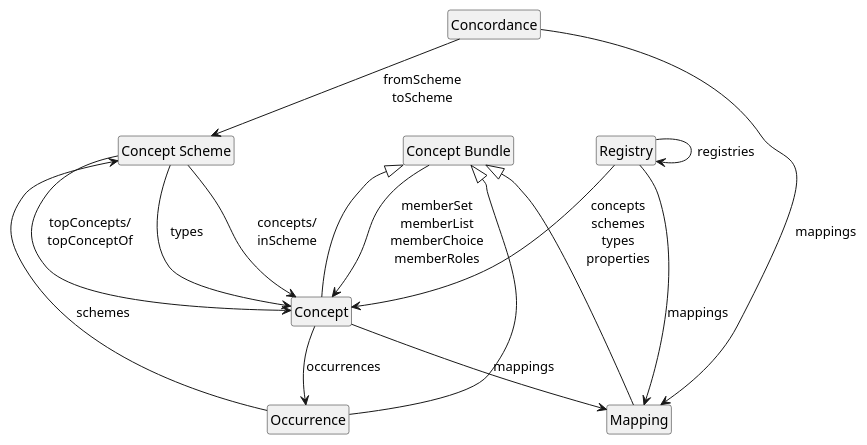
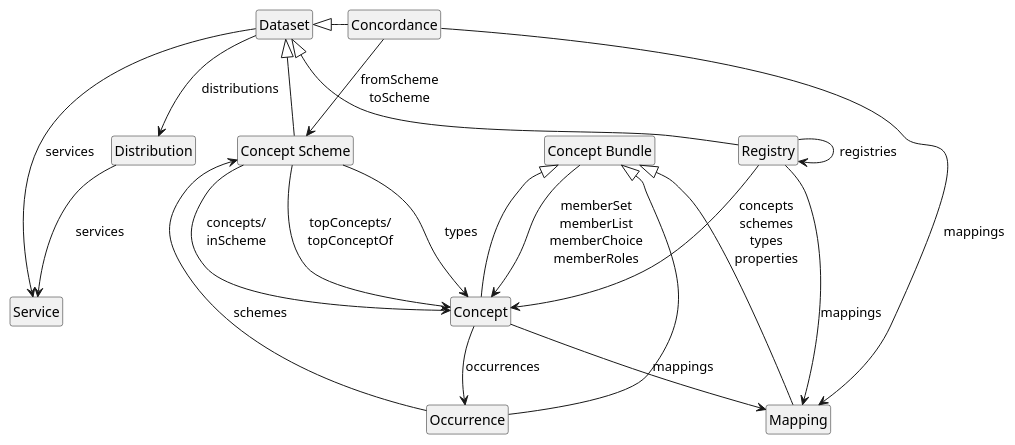
The diagram in links.puml (gbv/jskos), drawn with PlantUML before and after one commit. The commit also changed 2 other files, not shown here.

```diff
--- a/links.puml
+++ b/links.puml
@@ -1,30 +1,38 @@
 @startuml
 hide methods
 hide circles
 hide fields
 
 class "Concept Scheme" as ConceptScheme
 class "Concept Bundle" as Bundle
 
 ConceptScheme --> Concept : "concepts/\ninScheme"
 ConceptScheme --> Concept : "topConcepts/\ntopConceptOf"
 ConceptScheme --> Concept : types
 
 Bundle <|-- Concept
 Bundle <|-- Mapping
 Bundle <|-- Occurrence
 
 Bundle --> Concept : "memberSet\nmemberList\nmemberChoice\nmemberRoles"
 
 Concept --> Mapping : mappings
 Concept --> Occurrence : occurrences
 
 Occurrence --> ConceptScheme : schemes
 
 Registry --> Concept : "concepts\nschemes\ntypes\nproperties"
 Registry --> Mapping : mappings
 Registry --> Registry : registries
 
 Concordance --> Mapping : mappings
 Concordance --> ConceptScheme : "fromScheme\ntoScheme"
+
+Dataset <|- Concordance
+Dataset <|- Registry 
+Dataset <|- ConceptScheme
+
+Dataset --> Service : services
+Dataset --> Distribution : distributions
+Distribution --> Service : services
 @enduml
```
